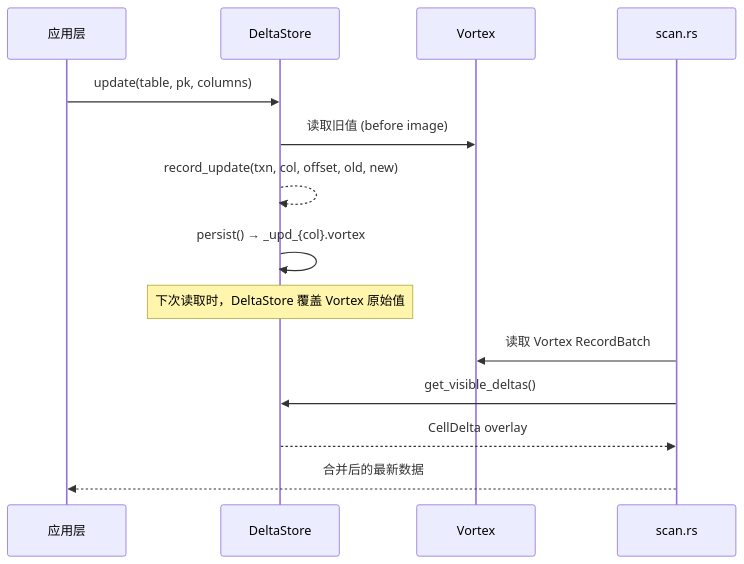
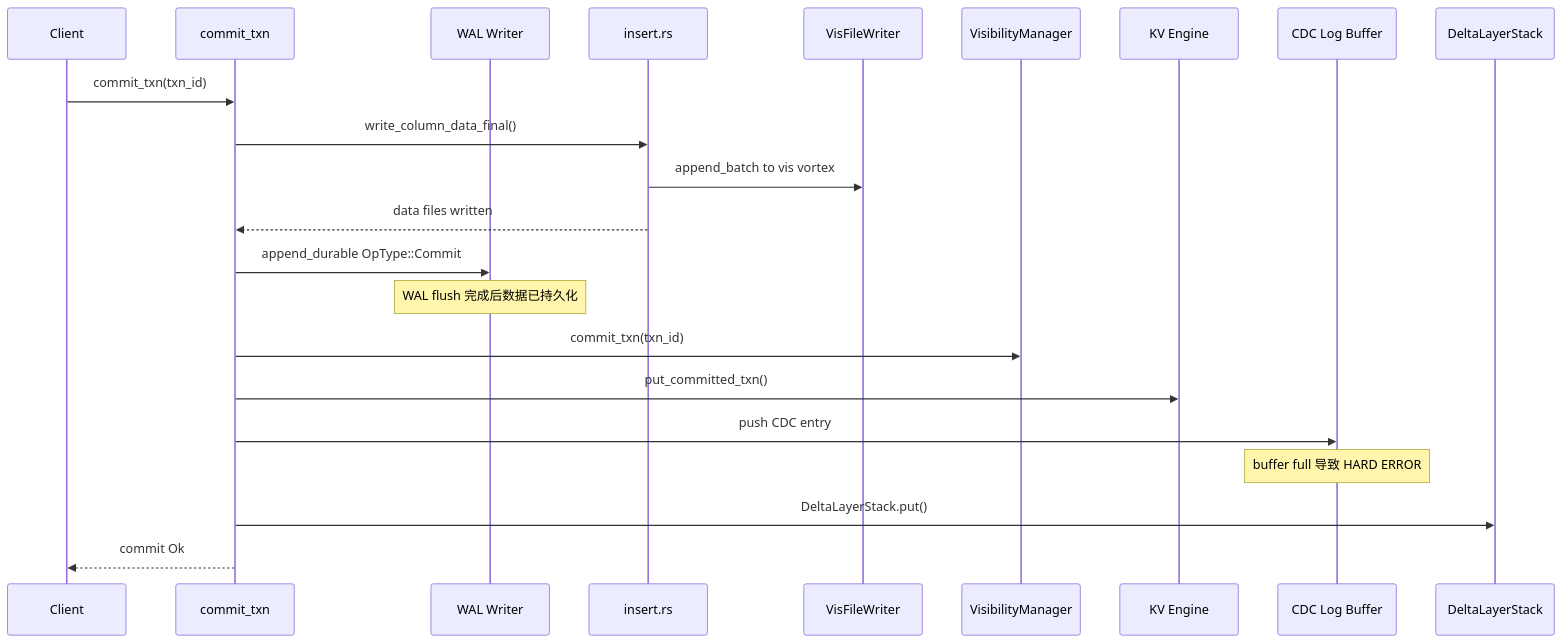
Before and after one commit to qianzii2/rockduck: the third of 39 diagrams in README.md, drawn with Mermaid. The commit also changed other lines of this file and 8 other files, not shown here.

````diff
--- a/README.md
+++ b/README.md
@@ -139,19 +110,28 @@
 ```mermaid
 sequenceDiagram
-    participant App as 应用层
-    participant DS as DeltaStore
-    participant VX as Vortex
-    participant Scan as scan.rs
+    participant C as Client
+    participant DB as commit_txn
+    participant WAL as WAL Writer
+    participant INS as insert.rs
+    participant VIS as VisFileWriter
+    participant MVCC as VisibilityManager
+    participant KV as KV Engine
+    participant CDC as CDC Log Buffer
+    participant DELTA as DeltaLayerStack
 
-    App->>DS: update(table, pk, columns)
-    DS->>VX: 读取旧值 (before image)
-    DS-->>DS: record_update(txn, col, offset, old, new)
-    DS->>DS: persist() → _upd_{col}.vortex
+    C->>DB: commit_txn(txn_id)
 
-    Note over DS: 下次读取时，DeltaStore 覆盖 Vortex 原始值
+    DB->>INS: write_column_data_final()
+    INS->>VIS: append_batch to vis vortex
+    INS-->>DB: data files written
 
-    Scan->>VX: 读取 Vortex RecordBatch
-    Scan->>DS: get_visible_deltas()
-    DS-->>Scan: CellDelta overlay
-    Scan-->>App: 合并后的最新数据
+    DB->>WAL: append_durable OpType::Commit
+    Note over WAL: WAL flush 完成后数据已持久化
+
+    DB->>MVCC: commit_txn(txn_id)
+    DB->>KV: put_committed_txn()
+    DB->>CDC: push CDC entry
+    Note over CDC: buffer full 导致 HARD ERROR
+    DB->>DELTA: DeltaLayerStack.put()
+    DB-->>C: commit Ok
 ```
````
